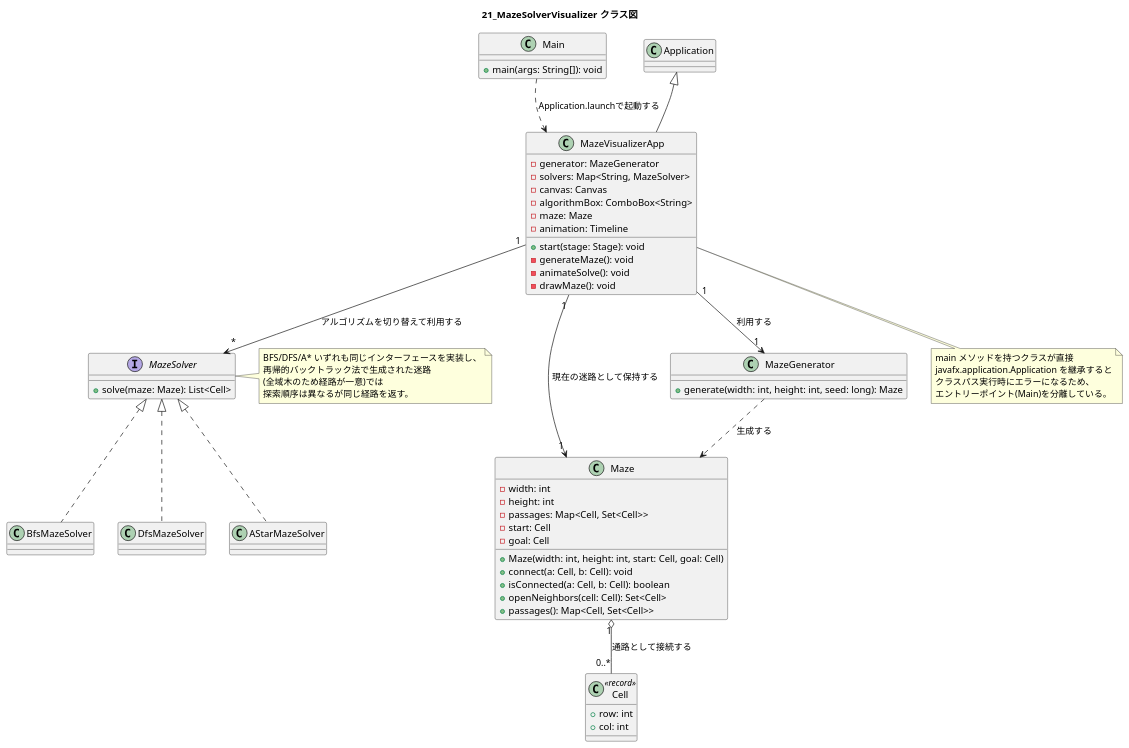
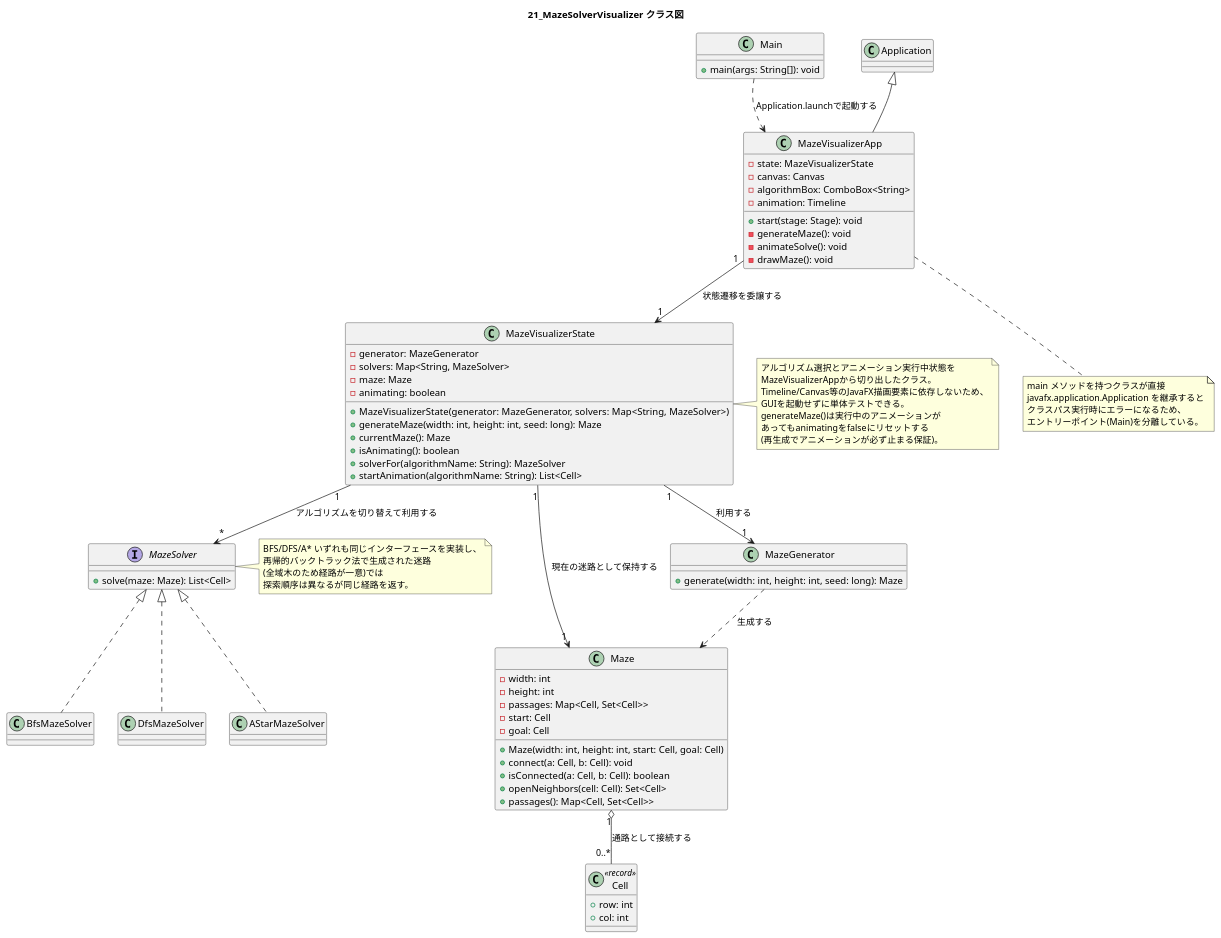
The diagram in docs/design/21_MazeSolverVisualizer/diagrams/class-diagram.puml (ExperimentalHobby/JavaLearningLab), drawn with PlantUML before and after one commit. The commit also changed 4 other files, not shown here.

First line of the commit message:
test: 21_MazeSolverVisualizerにMazeVisualizerStateを切り出しGUI状態遷移をテスト可能にする

```diff
--- a/docs/design/21_MazeSolverVisualizer/diagrams/class-diagram.puml
+++ b/docs/design/21_MazeSolverVisualizer/diagrams/class-diagram.puml
@@ -1,74 +1,96 @@
 @startuml class-diagram
 skinparam defaultFontName VL Gothic
 
 title 21_MazeSolverVisualizer クラス図
 
 class Cell << record >> {
   +row: int
   +col: int
 }
 
 class Maze {
   -width: int
   -height: int
   -passages: Map<Cell, Set<Cell>>
   -start: Cell
   -goal: Cell
   +Maze(width: int, height: int, start: Cell, goal: Cell)
   +connect(a: Cell, b: Cell): void
   +isConnected(a: Cell, b: Cell): boolean
   +openNeighbors(cell: Cell): Set<Cell>
   +passages(): Map<Cell, Set<Cell>>
 }
 
 class MazeGenerator {
   +generate(width: int, height: int, seed: long): Maze
 }
 
 interface MazeSolver {
   +solve(maze: Maze): List<Cell>
 }
 
 class BfsMazeSolver implements MazeSolver
 class DfsMazeSolver implements MazeSolver
 class AStarMazeSolver implements MazeSolver
 
 class Main {
   +main(args: String[]): void
 }
 
 class MazeVisualizerApp extends Application {
-  -generator: MazeGenerator
-  -solvers: Map<String, MazeSolver>
+  -state: MazeVisualizerState
   -canvas: Canvas
   -algorithmBox: ComboBox<String>
-  -maze: Maze
   -animation: Timeline
   +start(stage: Stage): void
   -generateMaze(): void
   -animateSolve(): void
   -drawMaze(): void
 }
 
+class MazeVisualizerState {
+  -generator: MazeGenerator
+  -solvers: Map<String, MazeSolver>
+  -maze: Maze
+  -animating: boolean
+  +MazeVisualizerState(generator: MazeGenerator, solvers: Map<String, MazeSolver>)
+  +generateMaze(width: int, height: int, seed: long): Maze
+  +currentMaze(): Maze
+  +isAnimating(): boolean
+  +solverFor(algorithmName: String): MazeSolver
+  +startAnimation(algorithmName: String): List<Cell>
+}
+
 Main ..> MazeVisualizerApp : Application.launchで起動する
-MazeVisualizerApp "1" --> "1" MazeGenerator : 利用する
-MazeVisualizerApp "1" --> "*" MazeSolver : アルゴリズムを切り替えて利用する
-MazeVisualizerApp "1" --> "1" Maze : 現在の迷路として保持する
+MazeVisualizerApp "1" --> "1" MazeVisualizerState : 状態遷移を委譲する
+MazeVisualizerState "1" --> "1" MazeGenerator : 利用する
+MazeVisualizerState "1" --> "*" MazeSolver : アルゴリズムを切り替えて利用する
+MazeVisualizerState "1" --> "1" Maze : 現在の迷路として保持する
 MazeGenerator ..> Maze : 生成する
 Maze "1" o-- "0..*" Cell : 通路として接続する
 
 note right of MazeSolver
   BFS/DFS/A* いずれも同じインターフェースを実装し、
   再帰的バックトラック法で生成された迷路
   (全域木のため経路が一意)では
   探索順序は異なるが同じ経路を返す。
 end note
 
+note right of MazeVisualizerState
+  アルゴリズム選択とアニメーション実行中状態を
+  MazeVisualizerAppから切り出したクラス。
+  Timeline/Canvas等のJavaFX描画要素に依存しないため、
+  GUIを起動せずに単体テストできる。
+  generateMaze()は実行中のアニメーションが
+  あってもanimatingをfalseにリセットする
+  (再生成でアニメーションが必ず止まる保証)。
+end note
+
 note bottom of MazeVisualizerApp
   main メソッドを持つクラスが直接
   javafx.application.Application を継承すると
   クラスパス実行時にエラーになるため、
   エントリーポイント(Main)を分離している。
 end note
 
 @enduml
```
